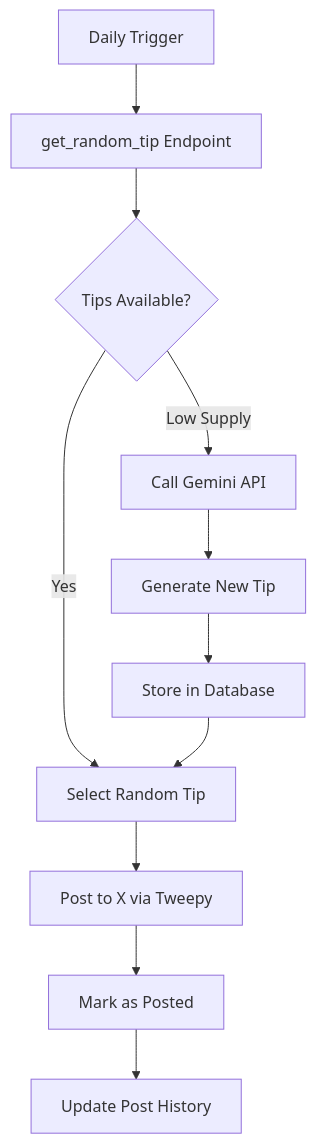
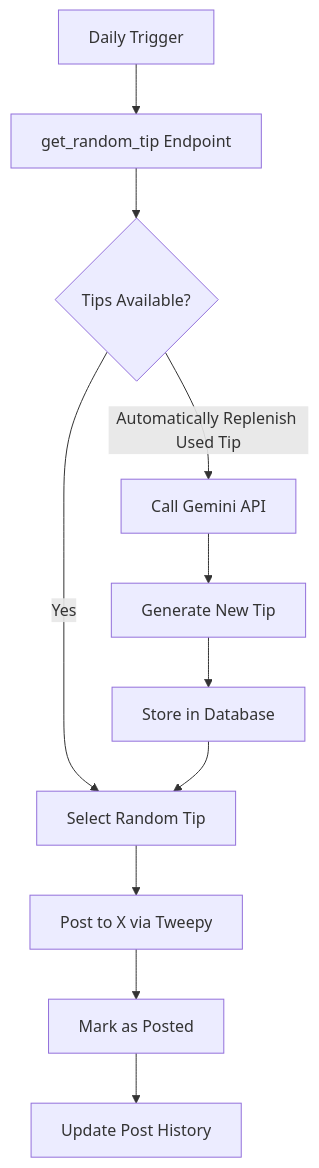
One commit to C-Damian/FastAPI-X-Bot changed the diagram in README.md. Above: the diagram before and after it, drawn with Mermaid.

Commit message:
README update.

````diff
--- a/README.md
+++ b/README.md
@@ -9,13 +9,13 @@
 ```mermaid
 graph TD
     A[Daily Trigger] --> B[get_random_tip Endpoint]
     B --> C{Tips Available?}
     C -->|Yes| D[Select Random Tip]
-    C -->|Low Supply| E[Call Gemini API]
+    C -->|Automatically Replenish Used Tip| E[Call Gemini API]
     E --> F[Generate New Tip]
     F --> G[Store in Database]
     G --> D
     D --> H[Post to X via Tweepy]
     H --> I[Mark as Posted]
     I --> J[Update Post History]
 ```
````
